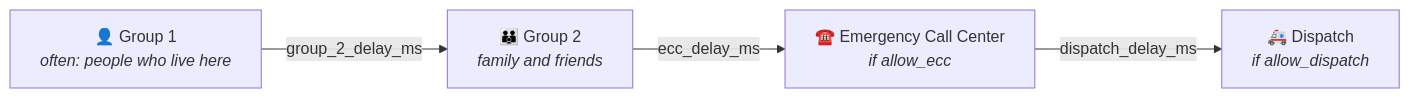
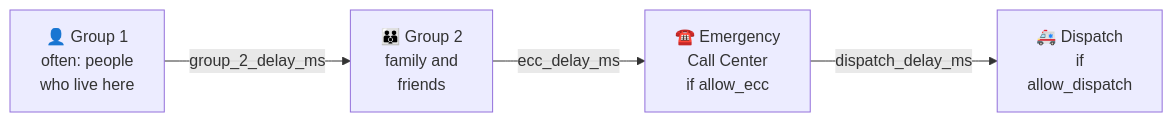
The third of 3 diagrams in guides/life_of_an_alert.md (CareDailyAI/docs), drawn with Mermaid before and after one commit. The commit also changed other lines of this file and 30 other files, not shown here.

First line of the commit message:
Diagrams: wrap every flowchart label to short rows so Chrome stops clipping them

````diff
--- a/guides/life_of_an_alert.md
+++ b/guides/life_of_an_alert.md
@@ -98,6 +98,6 @@
 ```mermaid
 flowchart LR
-    G1["👤 Group 1<br/><i>often: people who live here</i>"] -->|"group_2_delay_ms"| G2["👪 Group 2<br/><i>family and friends</i>"]
-    G2 -->|"ecc_delay_ms"| ECC["☎️ Emergency Call Center<br/><i>if allow_ecc</i>"]
-    ECC -->|"dispatch_delay_ms"| D["🚑 Dispatch<br/><i>if allow_dispatch</i>"]
+    G1["👤 Group 1<br/>often: people<br/>who live here"] -->|"group_2_delay_ms"| G2["👪 Group 2<br/>family and<br/>friends"]
+    G2 -->|"ecc_delay_ms"| ECC["☎️ Emergency<br/>Call Center<br/>if allow_ecc"]
+    ECC -->|"dispatch_delay_ms"| D["🚑 Dispatch<br/>if<br/>allow_dispatch"]
 ```
````
